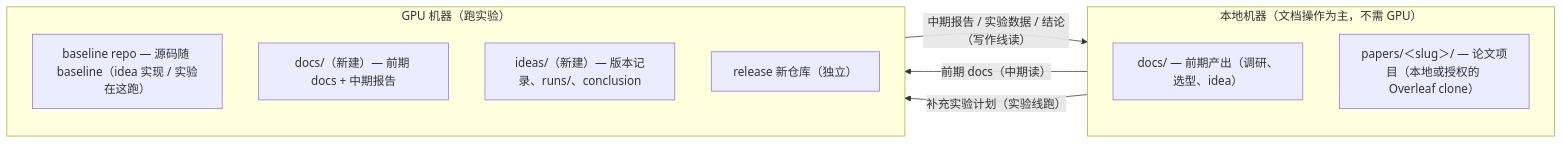
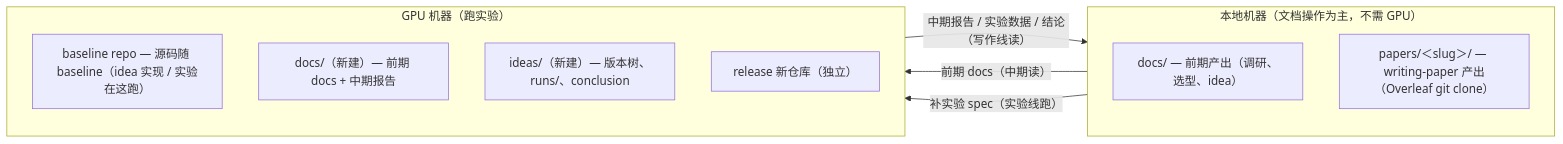
Before and after one commit to jackwang0108/dl-assistant: the second of 2 diagrams in plugins/dl-assistant/skills/dl-assistant/SKILL.md, drawn with Mermaid. The commit also changed other lines of this file and 256 other files, not shown here.

````diff
--- a/plugins/dl-assistant/skills/dl-assistant/SKILL.md
+++ b/plugins/dl-assistant/skills/dl-assistant/SKILL.md
@@ -261,19 +199,19 @@
 ```mermaid
 flowchart LR
     subgraph LOCAL["本地机器（文档操作为主，不需 GPU）"]
         direction TB
         LDOCS["docs/ — 前期产出（调研、选型、idea）"]
-        LPAPER["papers/＜slug＞/ — 论文项目（本地或授权的 Overleaf clone）"]
+        LPAPER["papers/＜slug＞/ — writing-paper 产出（Overleaf git clone）"]
     end
     subgraph GPU["GPU 机器（跑实验）"]
         direction TB
         GREPO["baseline repo — 源码随 baseline（idea 实现 / 实验在这跑）"]
         GDOCS["docs/（新建）— 前期 docs + 中期报告"]
-        GIDEAS["ideas/（新建）— 版本记录、runs/、conclusion"]
+        GIDEAS["ideas/（新建）— 版本树、runs/、conclusion"]
         GREL["release 新仓库（独立）"]
     end
 
     LOCAL -->|"前期 docs（中期读）"| GPU
     GPU -->|"中期报告 / 实验数据 / 结论（写作线读）"| LOCAL
-    LOCAL -->|"补充实验计划（实验线跑）"| GPU
+    LOCAL -->|"补实验 spec（实验线跑）"| GPU
 ```
````
